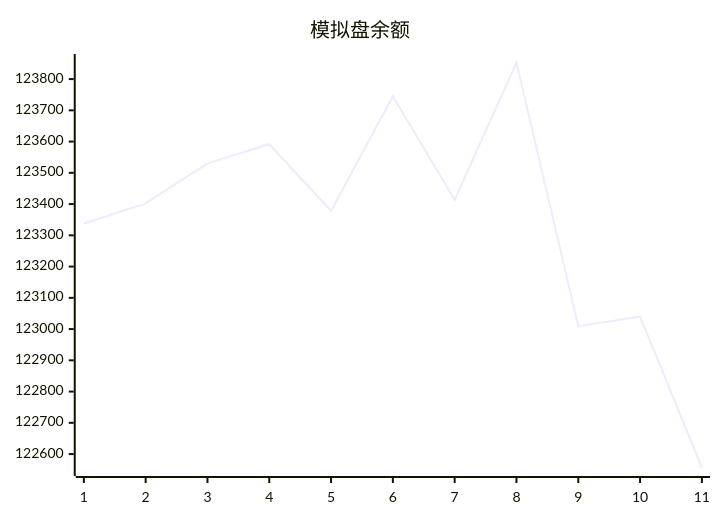
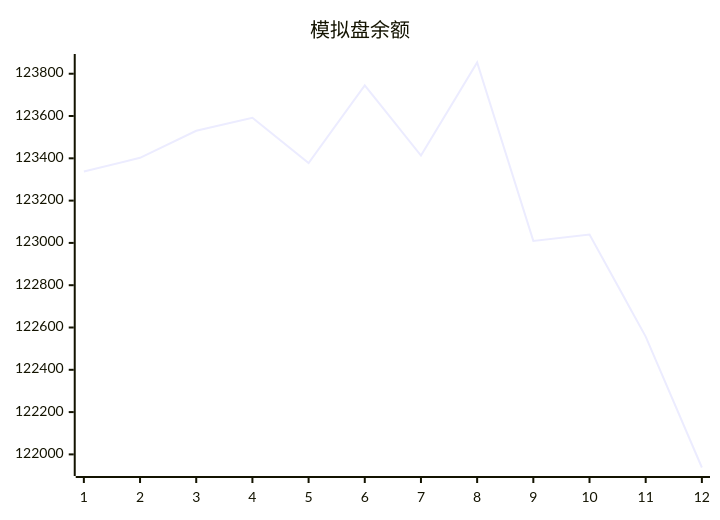
One commit to aahl/mcp-aktools changed the diagram in trading/README.md. Above: the diagram before and after it, drawn with Mermaid. The commit also changed 1 other file, not shown here.

Commit message:
📈 AkTools MCP Server

````diff
--- a/trading/README.md
+++ b/trading/README.md
@@ -3,5 +3,5 @@
 ```mermaid
 xychart
     title "模拟盘余额"
-    line [123337.9,123402.4,123530.3,123591.6,123377.9,123745.3,123413.3,123853.1,123009.4,123039.8,122557.0]
+    line [123337.9,123402.4,123530.3,123591.6,123377.9,123745.3,123413.3,123853.1,123009.4,123039.8,122557.0,121938.0]
 ```
````
